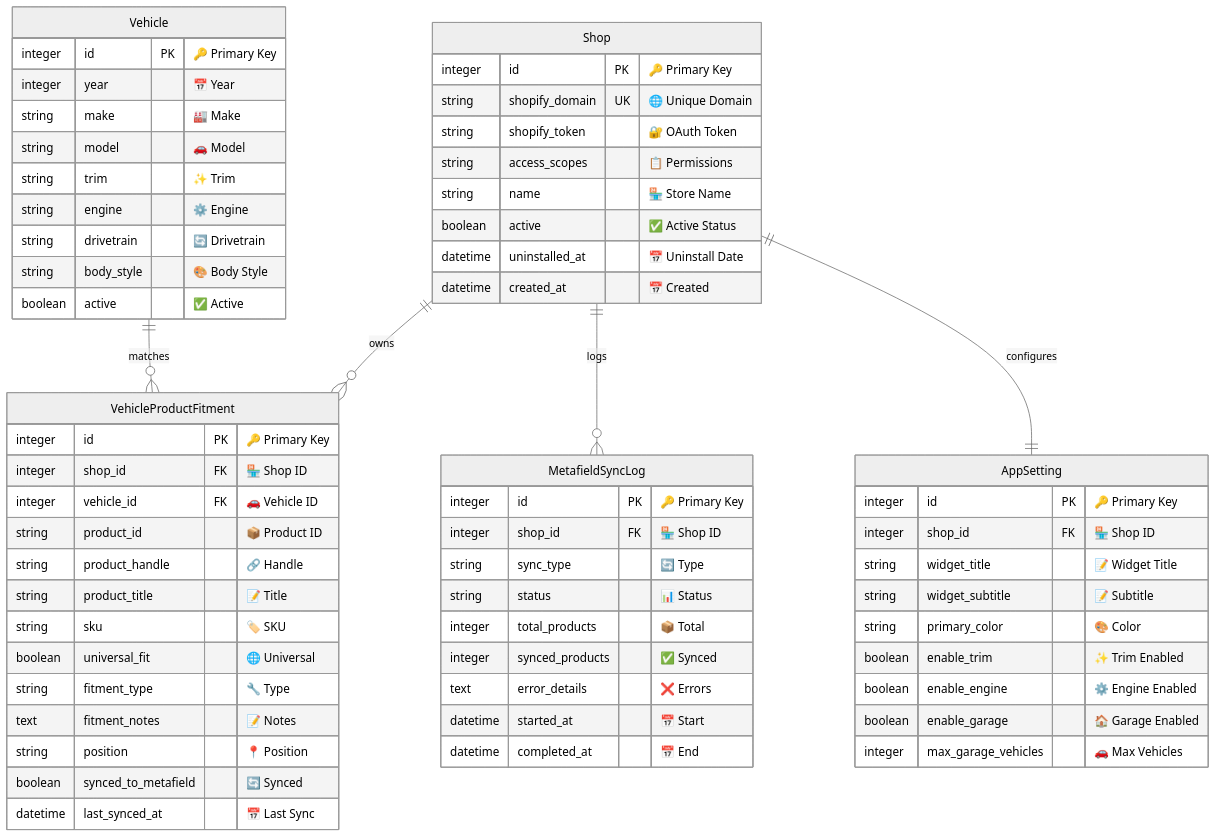
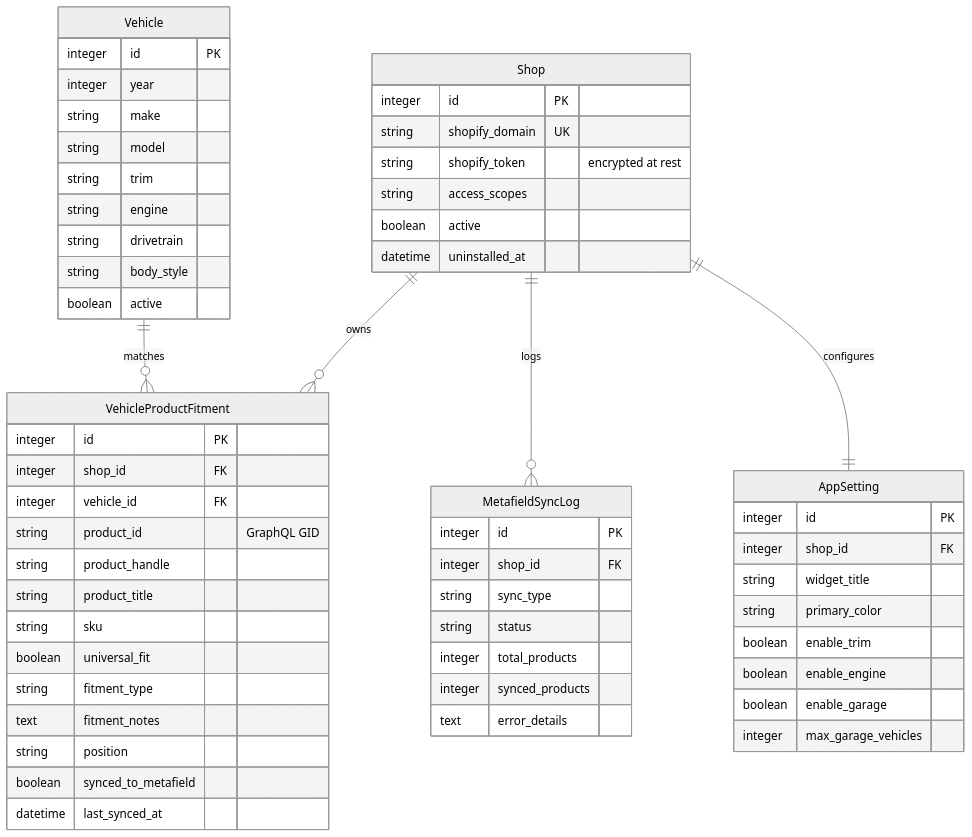
Before and after one commit to ai-dev-2024/vehicle-selector-pro: the second of 2 diagrams in README.md, drawn with Mermaid (neutral theme). The commit also changed other lines of this file and 48 other files, not shown here.

````diff
--- a/README.md
+++ b/README.md
@@ -176,70 +132,65 @@
 ```mermaid
 erDiagram
     Shop ||--o{ VehicleProductFitment : "owns"
     Shop ||--o{ MetafieldSyncLog : "logs"
     Shop ||--|| AppSetting : "configures"
     Vehicle ||--o{ VehicleProductFitment : "matches"
 
     Shop {
-        integer id PK "🔑 Primary Key"
-        string shopify_domain UK "🌐 Unique Domain"
-        string shopify_token "🔐 OAuth Token"
-        string access_scopes "📋 Permissions"
-        string name "🏪 Store Name"
-        boolean active "✅ Active Status"
-        datetime uninstalled_at "📅 Uninstall Date"
-        datetime created_at "📅 Created"
+        integer id PK
+        string shopify_domain UK
+        string shopify_token "encrypted at rest"
+        string access_scopes
+        boolean active
+        datetime uninstalled_at
     }
 
     Vehicle {
-        integer id PK "🔑 Primary Key"
-        integer year "📅 Year"
-        string make "🏭 Make"
-        string model "🚗 Model"
-        string trim "✨ Trim"
-        string engine "⚙️ Engine"
-        string drivetrain "🔄 Drivetrain"
-        string body_style "🎨 Body Style"
-        boolean active "✅ Active"
+        integer id PK
+        integer year
+        string make
+        string model
+        string trim
+        string engine
+        string drivetrain
+        string body_style
+        boolean active
     }
 
     VehicleProductFitment {
-        integer id PK "🔑 Primary Key"
-        integer shop_id FK "🏪 Shop ID"
-        integer vehicle_id FK "🚗 Vehicle ID"
-        string product_id "📦 Product ID"
-        string product_handle "🔗 Handle"
-        string product_title "📝 Title"
-        string sku "🏷️ SKU"
-        boolean universal_fit "🌐 Universal"
-        string fitment_type "🔧 Type"
-        text fitment_notes "📝 Notes"
-        string position "📍 Position"
-        boolean synced_to_metafield "🔄 Synced"
-        datetime last_synced_at "📅 Last Sync"
+        integer id PK
+        integer shop_id FK
+        integer vehicle_id FK
+        string product_id "GraphQL GID"
+        string product_handle
+        string product_title
+        string sku
+        boolean universal_fit
+        string fitment_type
+        text fitment_notes
+        string position
+        boolean synced_to_metafield
+        datetime last_synced_at
     }
 
     MetafieldSyncLog {
-        integer id PK "🔑 Primary Key"
-        integer shop_id FK "🏪 Shop ID"
-        string sync_type "🔄 Type"
-        string status "📊 Status"
-        integer total_products "📦 Total"
-        integer synced_products "✅ Synced"
-        text error_details "❌ Errors"
-        datetime started_at "📅 Start"
-        datetime completed_at "📅 End"
+        integer id PK
+        integer shop_id FK
+        string sync_type
+        string status
+        integer total_products
+        integer synced_products
+        text error_details
     }
 
     AppSetting {
-        integer id PK "🔑 Primary Key"
-        integer shop_id FK "🏪 Shop ID"
-        string widget_title "📝 Widget Title"
-        string widget_subtitle "📝 Subtitle"
-        string primary_color "🎨 Color"
-        boolean enable_trim "✨ Trim Enabled"
-        boolean enable_engine "⚙️ Engine Enabled"
-        boolean enable_garage "🏠 Garage Enabled"
-        integer max_garage_vehicles "🚗 Max Vehicles"
+        integer id PK
+        integer shop_id FK
+        string widget_title
+        string primary_color
+        boolean enable_trim
+        boolean enable_engine
+        boolean enable_garage
+        integer max_garage_vehicles
     }
 ```
````
